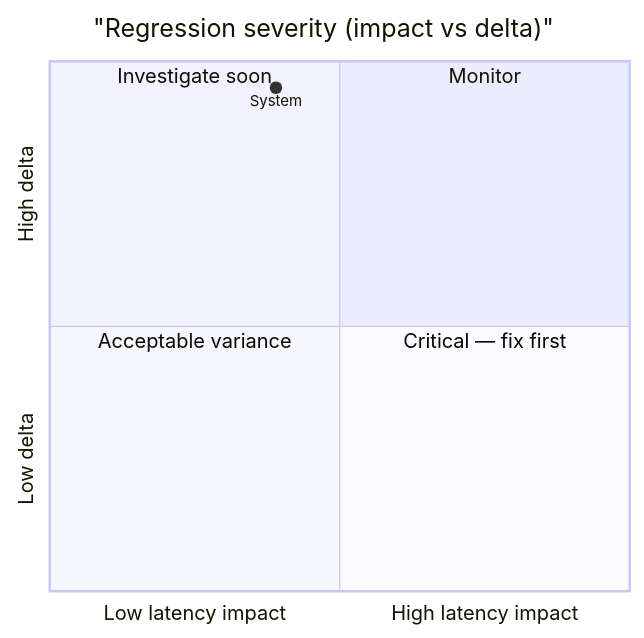
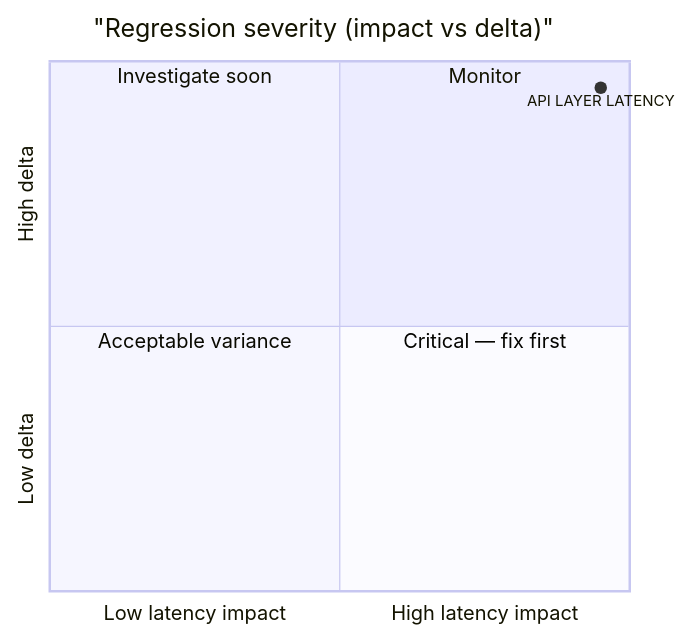
Before and after one commit to SveltyCMS/SveltyCMS: the second of 2 diagrams in docs/project/benchmarks/benchmark_postgresql.mdx, drawn with Mermaid. The commit also changed other lines of this file and 191 other files, not shown here.

````diff
--- a/docs/project/benchmarks/benchmark_postgresql.mdx
+++ b/docs/project/benchmarks/benchmark_postgresql.mdx
@@ -97,11 +100,11 @@
 ```mermaid
 quadrantChart
   title "Regression severity (impact vs delta)"
   x-axis Low latency impact --> High latency impact
   y-axis Low delta --> High delta
   quadrant-1 Monitor
   quadrant-2 Investigate soon
   quadrant-3 Acceptable variance
   quadrant-4 Critical — fix first
-    System: [0.39, 0.95]
+    API LAYER LATENCY: [0.95, 0.95]
 ```
````
